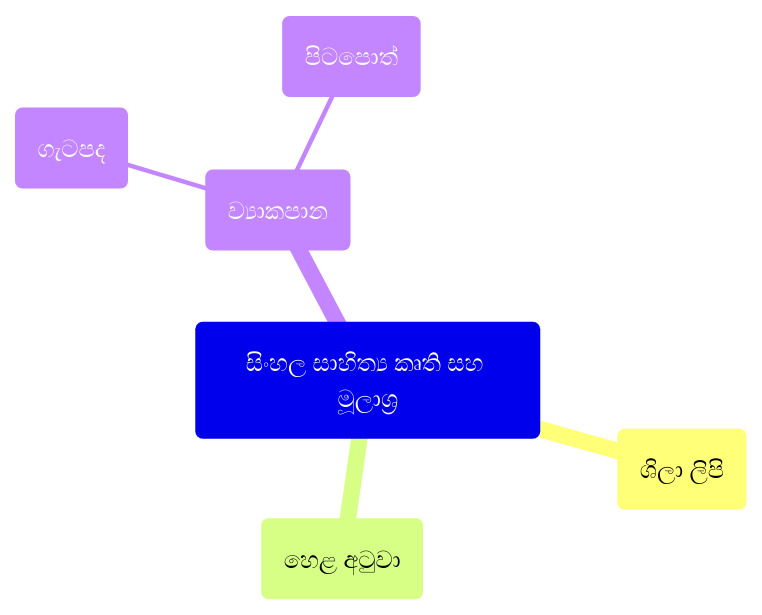
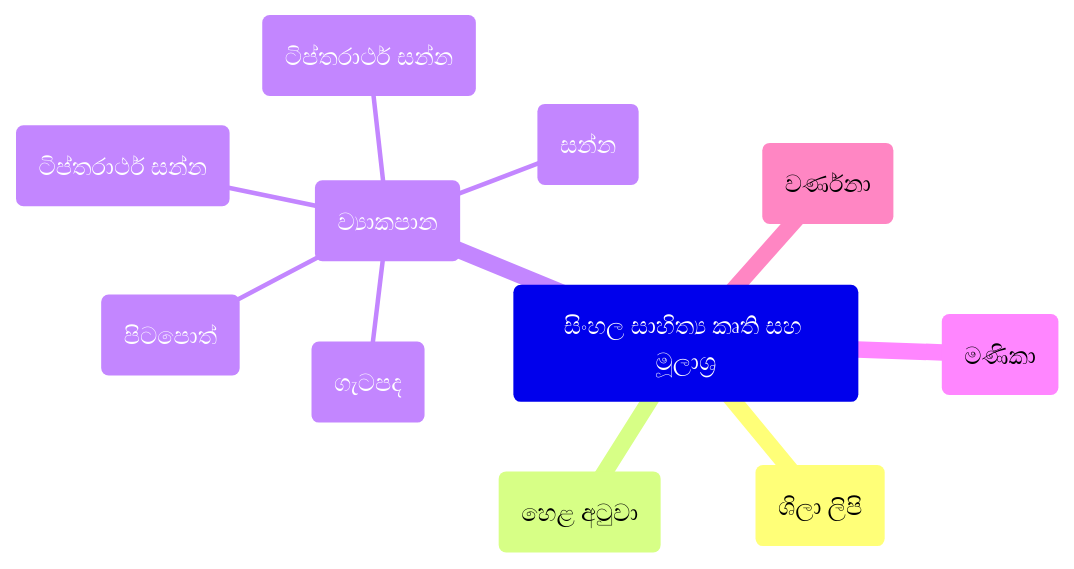
Before and after one commit to vanniurumaya/SinhalaLiterature: the second of 2 diagrams in README.md, drawn with Mermaid.

````diff
--- a/README.md
+++ b/README.md
@@ -16,9 +16,14 @@
 ```mermaid
 mindmap
     A(සිංහල සාහිත්‍ය කෘති සහ මූලාශ්‍ර)
         B(ශිලා ලිපි)
         C(හෙළ අටුවා)
         D(ව්‍යාකපාන)
             E(ගැටපද)
             F(පිටපොත්)
+            H(ටිප්තරාර්ථ සන්න)
+            H(ටිප්තරාර්ථ සන්න)
+            I(සන්න)
+        G(මණිකා)
+        J(වර්ණනා)
 ```
````
